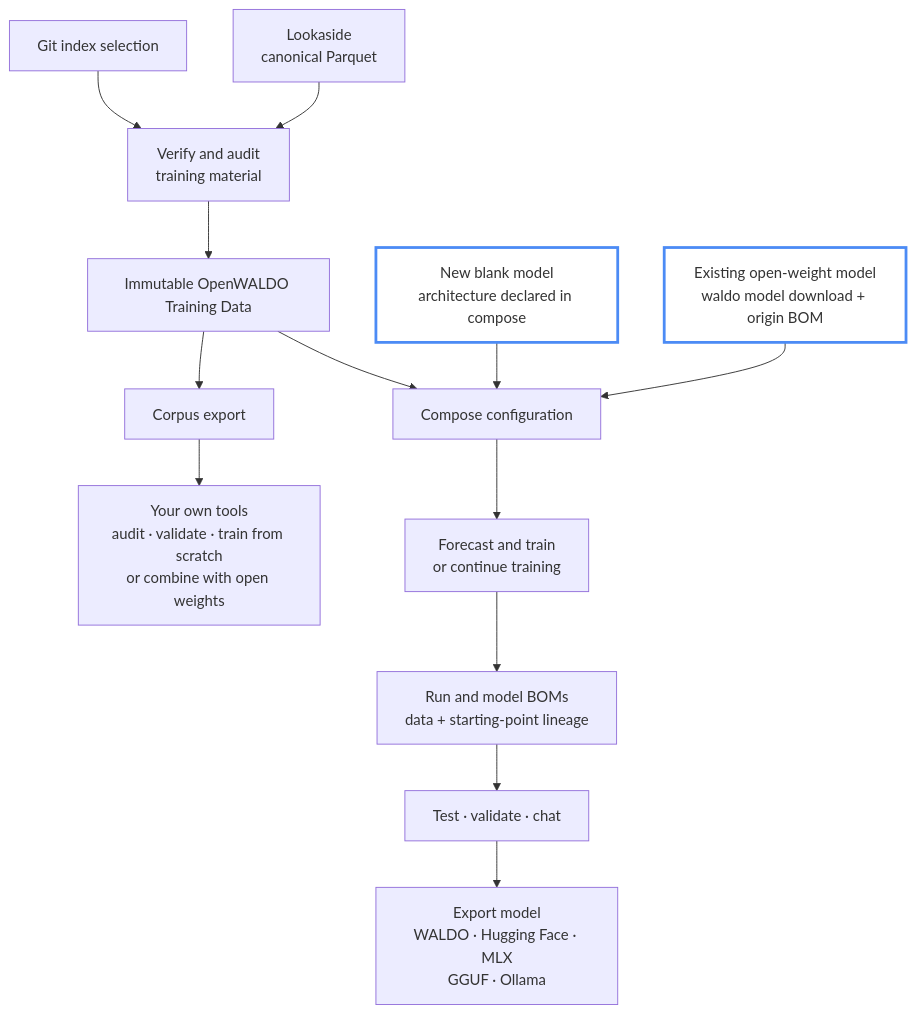
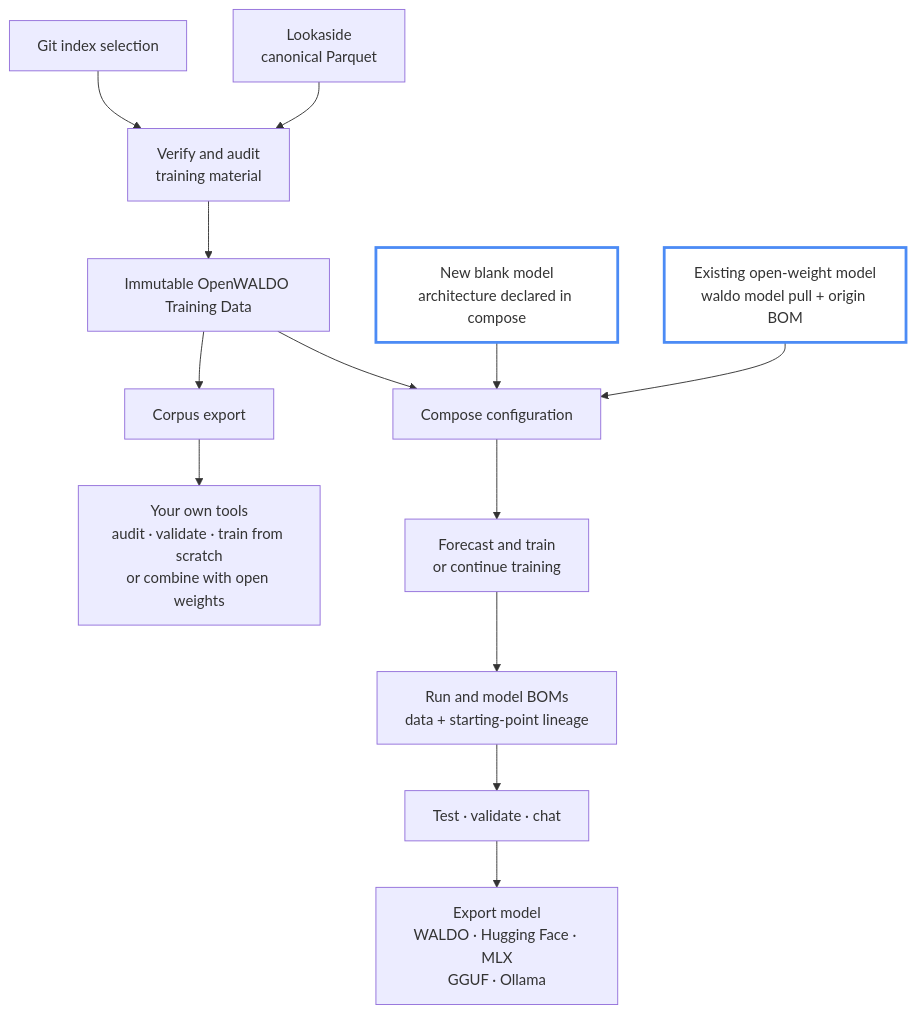
The second of 3 diagrams in README.md (mdagosta/waldo), drawn with Mermaid before and after one commit. The commit also changed other lines of this file and 10 other files, not shown here.

Commit message:
Rename model download to pull

````diff
--- a/README.md
+++ b/README.md
@@ -48,19 +48,19 @@
 ```mermaid
 flowchart TB
     G["Git index selection"] --> V["Verify and audit<br/>training material"]
     L["Lookaside<br/>canonical Parquet"] --> V
     V --> B["Immutable OpenWALDO Training Data"]
     B --> C["Corpus export"]
     C --> X["Your own tools<br/>audit · validate · train from scratch<br/>or combine with open weights"]
     N["New blank model<br/>architecture declared in compose"] --> MC["Compose configuration"]
-    O["Existing open-weight model<br/>waldo model download + origin BOM"] --> MC
+    O["Existing open-weight model<br/>waldo model pull + origin BOM"] --> MC
     B --> MC
     MC --> T["Forecast and train<br/>or continue training"]
     T --> M["Run and model BOMs<br/>data + starting-point lineage"]
     M --> Q["Test · validate · chat"]
     Q --> E["Export model<br/>WALDO · Hugging Face · MLX<br/>GGUF · Ollama"]
 
     classDef startingPoint fill:transparent,stroke:#4c8bf5,stroke-width:3px
     class N,O startingPoint
 
 ```
````
